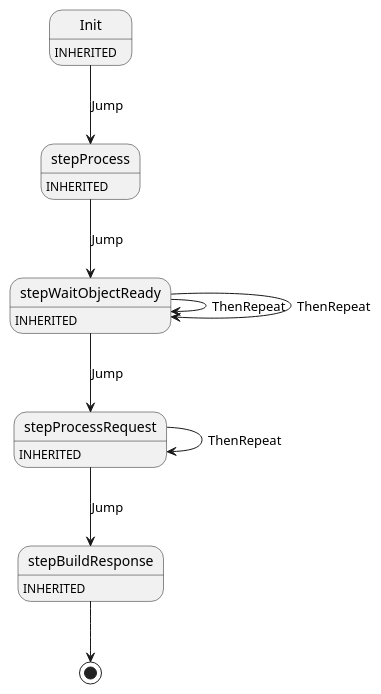
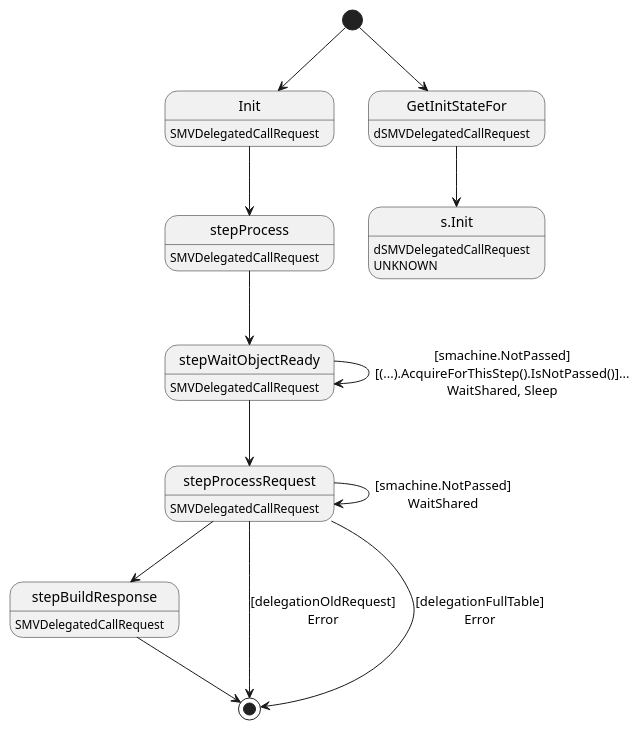
One commit to insolar/assured-ledger changed the diagram in ledger-core/virtual/handlers/vdelegatedcallrequest.plantuml. Above: the diagram before and after it, drawn with PlantUML. The commit also changed 15 other files, not shown here.

Commit message:
Updated UML

```diff
--- a/ledger-core/virtual/handlers/vdelegatedcallrequest.plantuml
+++ b/ledger-core/virtual/handlers/vdelegatedcallrequest.plantuml
@@ -1,15 +1,29 @@
 @startuml
-Init : INHERITED
-Init --> stepProcess : Jump
-stepProcess : INHERITED
-stepProcess --> stepWaitObjectReady : Jump
-stepWaitObjectReady : INHERITED
-stepWaitObjectReady --> stepProcessRequest : Jump
-stepWaitObjectReady --> stepWaitObjectReady : ThenRepeat
-stepWaitObjectReady --> stepWaitObjectReady : ThenRepeat
-stepProcessRequest : INHERITED
-stepProcessRequest --> stepBuildResponse : Jump
-stepProcessRequest --> stepProcessRequest : ThenRepeat
-stepBuildResponse : INHERITED
-stepBuildResponse --> [*]
+state "Init" as T01_S001
+T01_S001 : SMVDelegatedCallRequest
+[*] --> T01_S001
+T01_S001 --> T01_S002
+state "stepBuildResponse" as T01_S005
+T01_S005 : SMVDelegatedCallRequest
+T01_S005 -->[*]
+state "stepProcess" as T01_S002
+T01_S002 : SMVDelegatedCallRequest
+T01_S002 --> T01_S003
+state "stepProcessRequest" as T01_S004
+T01_S004 : SMVDelegatedCallRequest
+T01_S004 -> T01_S004 : [smachine.NotPassed]\nWaitShared
+T01_S004 -->[*] : [delegationOldRequest]\nError
+T01_S004 -->[*] : [delegationFullTable]\nError
+T01_S004 --> T01_S005
+state "stepWaitObjectReady" as T01_S003
+T01_S003 : SMVDelegatedCallRequest
+T01_S003 -> T01_S003 : [smachine.NotPassed]\n[(...).AcquireForThisStep().IsNotPassed()]...\nWaitShared, Sleep
+T01_S003 --> T01_S004
+state "GetInitStateFor" as T00_S001
+T00_S001 : dSMVDelegatedCallRequest
+[*] --> T00_S001
+state "s.Init" as T00_U001
+T00_U001 : dSMVDelegatedCallRequest
+T00_U001 : UNKNOWN 
+T00_S001 --> T00_U001
 @enduml
```
